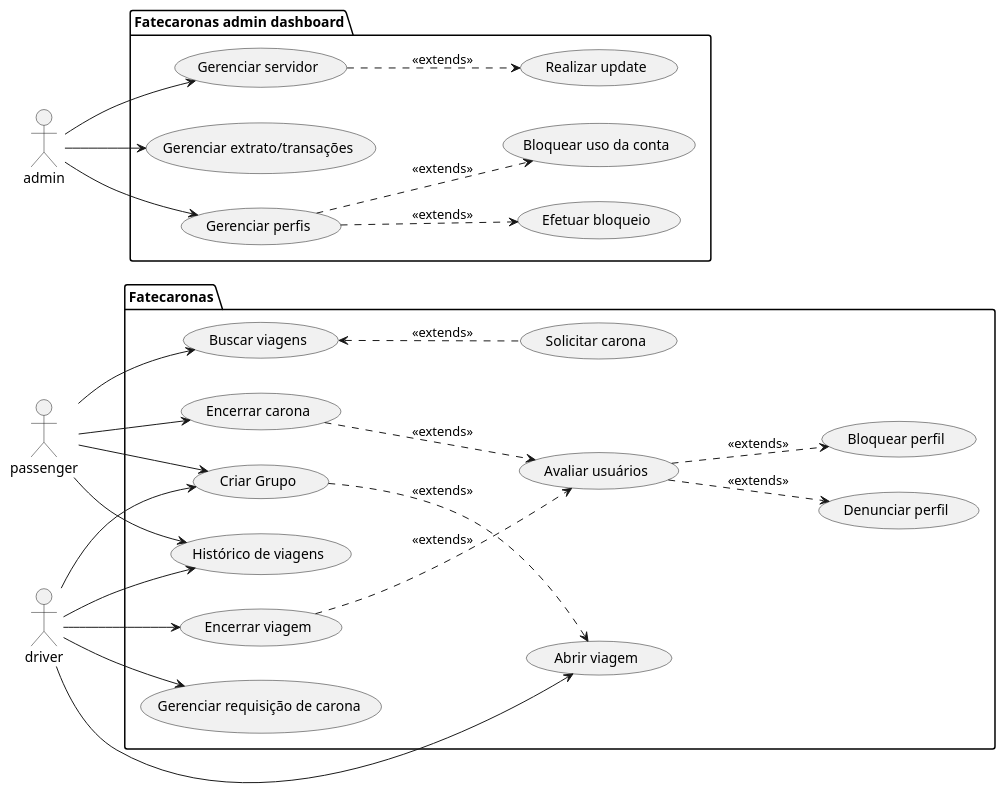
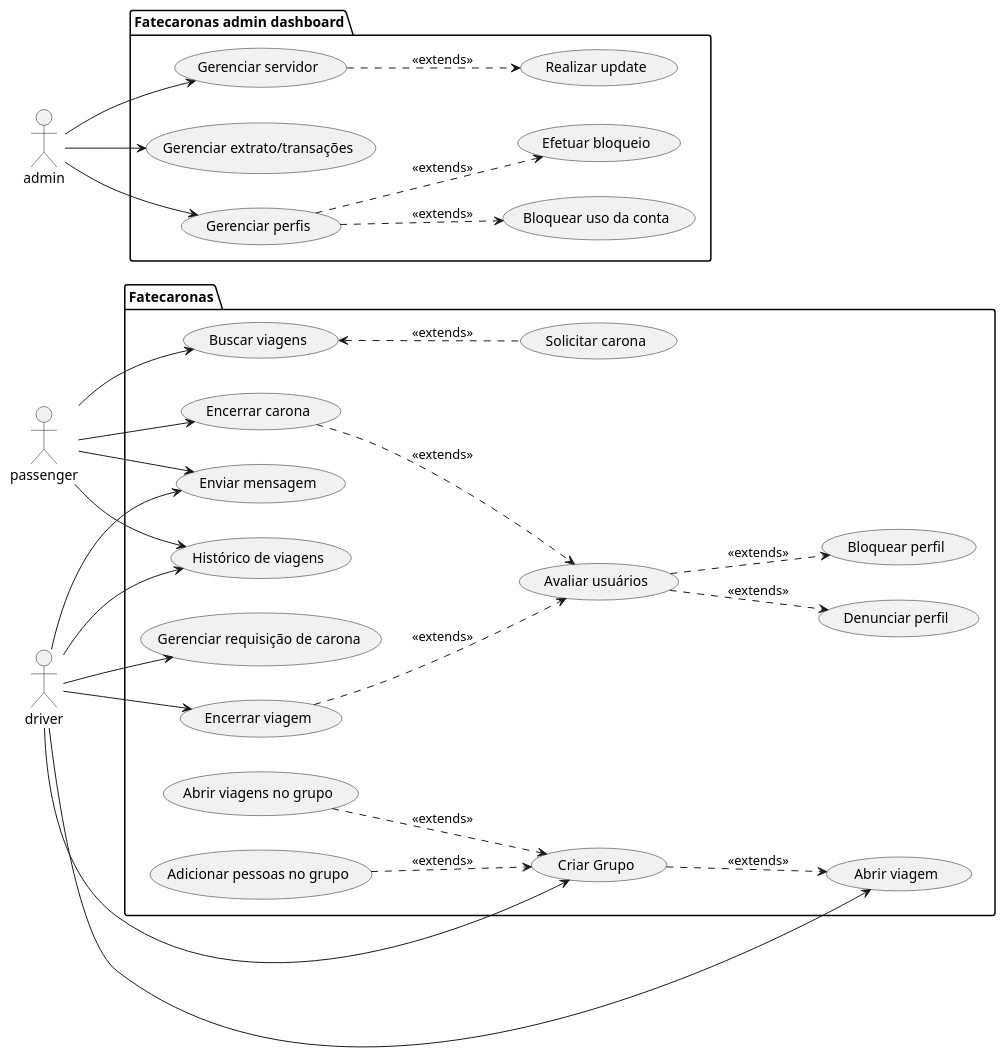
One commit to Vinicius0607/ProjetoES2 changed the diagram in uses_cases_fatecaronas.puml. Above: the diagram before and after it, drawn with PlantUML. The commit also changed 1 other file, not shown here.

```diff
--- a/uses_cases_fatecaronas.puml
+++ b/uses_cases_fatecaronas.puml
@@ -1,56 +1,62 @@
 @startuml Fatecaronas
 left to right direction
 
 ' Actors
 actor passenger as p
 actor driver as d
 actor admin as a
 
 package "Fatecaronas" {
     ' Usecases
     usecase "Buscar viagens" as UC1
     usecase "Solicitar carona" as UC2
     usecase "Encerrar carona" as UC3
     usecase "Histórico de viagens" as UC5
     usecase "Avaliar usuários" as UC6
     usecase "Abrir viagem" as UC7
     usecase "Gerenciar requisição de carona" as UC8
     usecase "Encerrar viagem" as UC9
     usecase "Denunciar perfil" as UC10
     usecase "Bloquear perfil" as UC11
     usecase "Criar Grupo" as UC18
+    usecase "Adicionar pessoas no grupo" as UC19
+    usecase "Abrir viagens no grupo" as UC20
+    usecase "Enviar mensagem" as UC21
 }
  
 package "Fatecaronas admin dashboard" {
     usecase "Gerenciar servidor" as UC12
     usecase "Gerenciar extrato/transações" as UC13
     usecase "Gerenciar perfis" as UC14
     usecase "Efetuar bloqueio" as UC15
     usecase "Bloquear uso da conta" as UC16
     usecase "Realizar update" as UC17
 }
 
 ' Relations
 p --> UC1
 p --> UC3
 p --> UC5
-p --> UC18
+p --> UC21
 UC1 <.. UC2: <<extends>>
 UC3 ..> UC6: <<extends>>
 UC9 ..> UC6: <<extends>>
 UC6 ..> UC10: <<extends>>
 UC6 ..> UC11: <<extends>>
 d --> UC7
 d --> UC8
 d --> UC9
 d --> UC5
 d --> UC18
+d --> UC21
 a --> UC12
 a --> UC13
 a --> UC14
 UC12 ..> UC17: <<extends>>
 UC14 ..> UC15: <<extends>>
 UC14 ..> UC16: <<extends>>
 UC18 ..> UC7: <<extends>> 
+UC19 ..> UC18: <<extends>>
+UC20 ..> UC18: <<extends>> 
 
 @enduml
```
